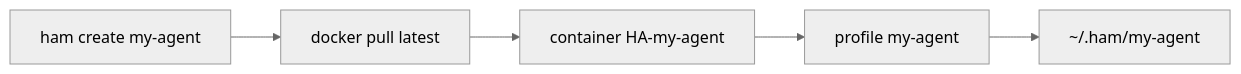
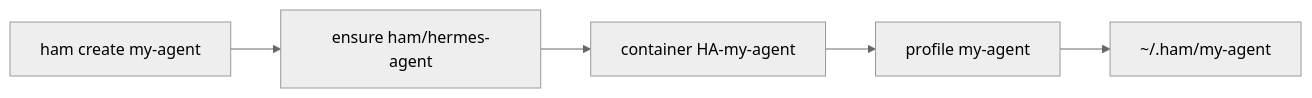
One commit to UpGoTech/hermes-agent-manager changed the diagram in specs/001-install-agent.md. Above: the diagram before and after it, drawn with Mermaid (neutral theme). The commit also changed other lines of this file and 14 other files, not shown here.

````diff
--- a/specs/001-install-agent.md
+++ b/specs/001-install-agent.md
@@ -44,7 +44,7 @@
 ```mermaid
 flowchart LR
-  cli["ham create my-agent"] --> pull["docker pull latest"]
-  pull --> run["container HA-my-agent"]
+  cli["ham create my-agent"] --> ensure["ensure ham/hermes-agent"]
+  ensure --> run["container HA-my-agent"]
   run --> profile["profile my-agent"]
   profile --> data["~/.ham/my-agent"]
 ```
````
